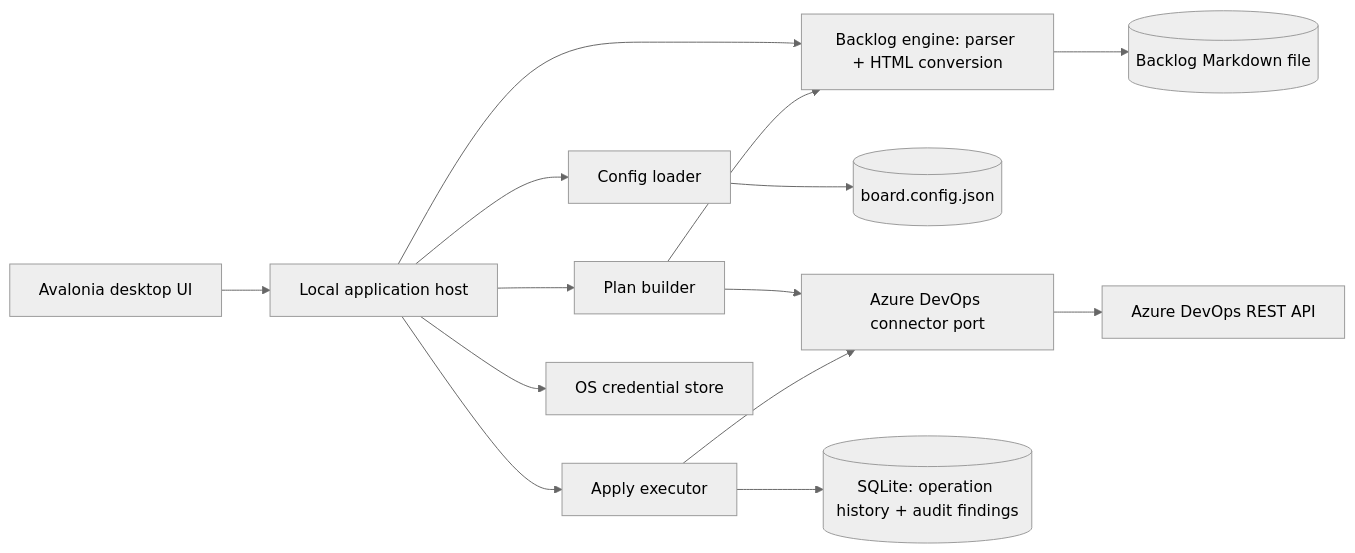
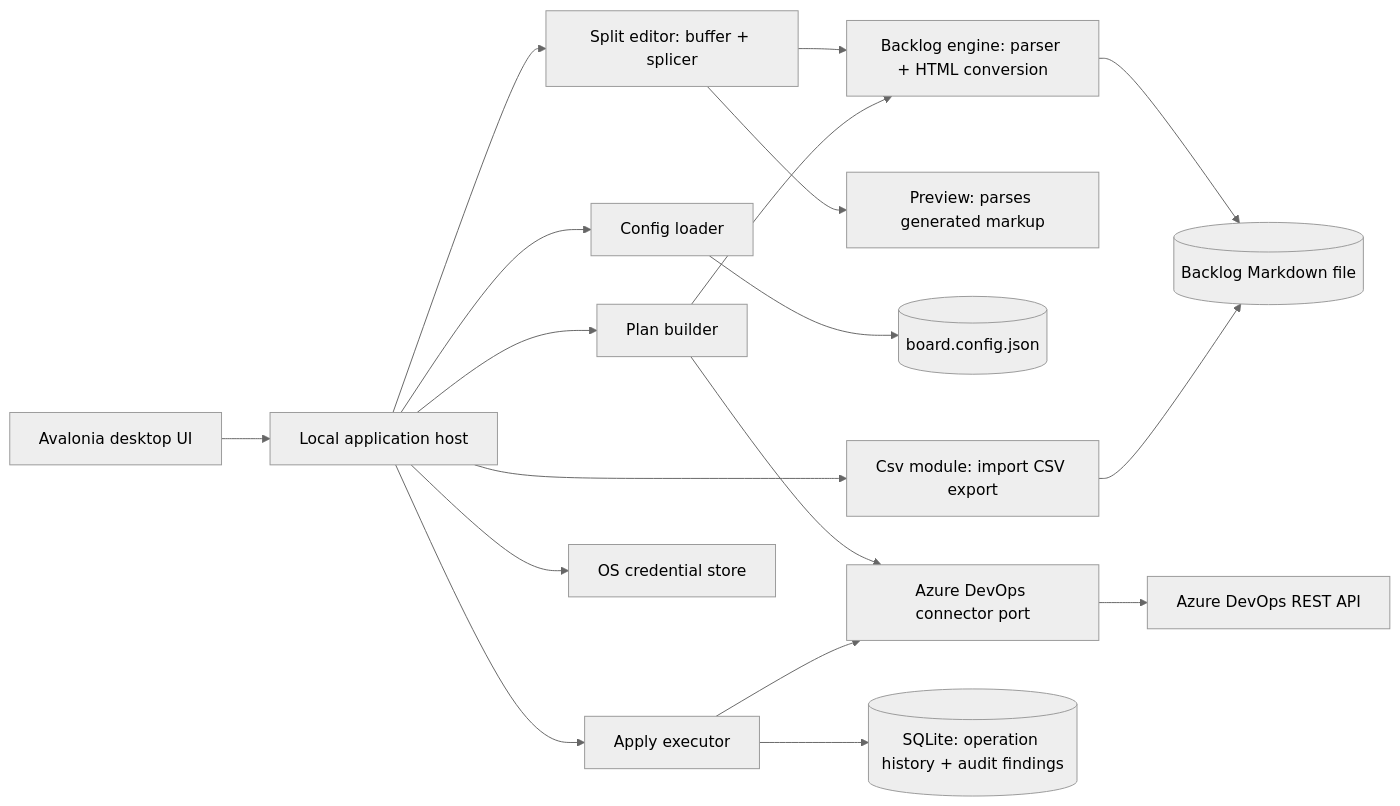
One commit to okyeboah/ado-board-sync changed the diagram in desktop/docs/ARCHITECTURE.md. Above: the diagram before and after it, drawn with Mermaid (neutral theme). The commit also changed other lines of this file and 173 other files, not shown here.

````diff
--- a/desktop/docs/ARCHITECTURE.md
+++ b/desktop/docs/ARCHITECTURE.md
@@ -9,16 +11,20 @@
 ```mermaid
 flowchart LR
   UI[Avalonia desktop UI] --> H[Local application host]
-  H --> BE[Backlog engine: parser + HTML conversion]
+  H --> ED[Split editor: buffer + splicer]
+  ED --> BE[Backlog engine: parser + HTML conversion]
+  ED --> PV[Preview: parses generated markup]
   BE --> FS[(Backlog Markdown file)]
   H --> CFG[Config loader]
   CFG --> CF[(board.config.json)]
+  H --> CSV[Csv module: import CSV export]
+  CSV --> FS
   H --> PL[Plan builder]
   PL --> BE
   PL --> P[Azure DevOps connector port]
   P --> ADO[Azure DevOps REST API]
   H --> AP[Apply executor]
   AP --> P
   AP --> HIST[(SQLite: operation history + audit findings)]
   H --> CS[OS credential store]
 ```
````
